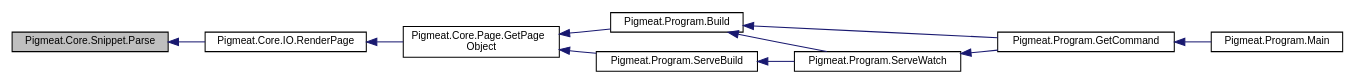
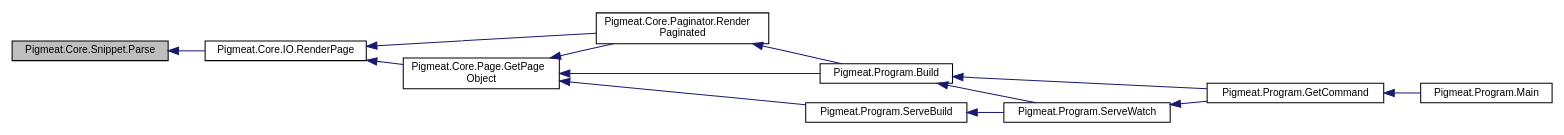
The diagram in class_pigmeat_1_1_core_1_1_snippet_a54ea5e1d3a8cd6308a1b1c9f01457146_icgraph.dot (milovidov983/Pigmeat), drawn with Graphviz before and after one commit. The commit also changed 144 other files, not shown here.

```diff
--- a/class_pigmeat_1_1_core_1_1_snippet_a54ea5e1d3a8cd6308a1b1c9f01457146_icgraph.dot
+++ b/class_pigmeat_1_1_core_1_1_snippet_a54ea5e1d3a8cd6308a1b1c9f01457146_icgraph.dot
@@ -1,23 +1,27 @@
 digraph "Pigmeat.Core.Snippet.Parse"
 {
   edge [fontname="Helvetica",fontsize="10",labelfontname="Helvetica",labelfontsize="10"];
   node [fontname="Helvetica",fontsize="10",shape=record];
   rankdir="LR";
   Node5 [label="Pigmeat.Core.Snippet.Parse",height=0.2,width=0.4,color="black", fillcolor="grey75", style="filled", fontcolor="black"];
   Node5 -> Node6 [dir="back",color="midnightblue",fontsize="10",style="solid",fontname="Helvetica"];
-  Node6 [label="Pigmeat.Core.IO.RenderPage",height=0.2,width=0.4,color="black", fillcolor="white", style="filled",URL="$class_pigmeat_1_1_core_1_1_i_o.html#a000f595801bec338426974328b938e6c",tooltip="Take layout, place Markdig-parsed content in layout, evaluate includes, render with Scriban ..."];
+  Node6 [label="Pigmeat.Core.IO.RenderPage",height=0.2,width=0.4,color="black", fillcolor="white", style="filled",URL="$class_pigmeat_1_1_core_1_1_i_o.html#a60f49d31957620c308423cad19dbf5f6",tooltip="Take layout, place Markdig-parsed content in layout, evaluate includes, render with Scriban ..."];
   Node6 -> Node7 [dir="back",color="midnightblue",fontsize="10",style="solid",fontname="Helvetica"];
   Node7 [label="Pigmeat.Core.Page.GetPage\lObject",height=0.2,width=0.4,color="black", fillcolor="white", style="filled",URL="$class_pigmeat_1_1_core_1_1_page.html#a3a2dee942bb7b2f763ce5d1caba4163d",tooltip="Parses a given page into a JObject "];
   Node7 -> Node8 [dir="back",color="midnightblue",fontsize="10",style="solid",fontname="Helvetica"];
-  Node8 [label="Pigmeat.Program.Build",height=0.2,width=0.4,color="black", fillcolor="white", style="filled",URL="$class_pigmeat_1_1_program.html#a878beaee804aea5645618e59b1a6d250",tooltip="The standard Pigmeat build process "];
+  Node8 [label="Pigmeat.Core.Paginator.Render\lPaginated",height=0.2,width=0.4,color="black", fillcolor="white", style="filled",URL="$class_pigmeat_1_1_core_1_1_paginator.html#a38c0bfdf8bfe439eb2a3e58a638c823a",tooltip="Outputs a paginated version of a page (requires {{ page.paginate }} and {{ page.collection }}) ..."];
   Node8 -> Node9 [dir="back",color="midnightblue",fontsize="10",style="solid",fontname="Helvetica"];
-  Node9 [label="Pigmeat.Program.GetCommand",height=0.2,width=0.4,color="black", fillcolor="white", style="filled",URL="$class_pigmeat_1_1_program.html#a813269f3c9466bddfa561c72eb56de4f",tooltip="Perform actions specified by command calls "];
+  Node9 [label="Pigmeat.Program.Build",height=0.2,width=0.4,color="black", fillcolor="white", style="filled",URL="$class_pigmeat_1_1_program.html#a878beaee804aea5645618e59b1a6d250",tooltip="The standard Pigmeat build process "];
   Node9 -> Node10 [dir="back",color="midnightblue",fontsize="10",style="solid",fontname="Helvetica"];
-  Node10 [label="Pigmeat.Program.Main",height=0.2,width=0.4,color="black", fillcolor="white", style="filled",URL="$class_pigmeat_1_1_program.html#a3b898a93d66f23079be04ac657013df3",tooltip="Handle primary tool information, such as command inputs and current directory "];
-  Node8 -> Node11 [dir="back",color="midnightblue",fontsize="10",style="solid",fontname="Helvetica"];
-  Node11 [label="Pigmeat.Program.ServeWatch",height=0.2,width=0.4,color="black", fillcolor="white", style="filled",URL="$class_pigmeat_1_1_program.html#a7fbef86d893429923099420b3748b826",tooltip="Watch the file system for changes (initial component of the serve command) "];
-  Node11 -> Node9 [dir="back",color="midnightblue",fontsize="10",style="solid",fontname="Helvetica"];
-  Node7 -> Node12 [dir="back",color="midnightblue",fontsize="10",style="solid",fontname="Helvetica"];
-  Node12 [label="Pigmeat.Program.ServeBuild",height=0.2,width=0.4,color="black", fillcolor="white", style="filled",URL="$class_pigmeat_1_1_program.html#a196f0e133927e9c381295c4915ebdfb2",tooltip="Rebuild changed files (final component of the serve command) "];
-  Node12 -> Node11 [dir="back",color="midnightblue",fontsize="10",style="solid",fontname="Helvetica"];
+  Node10 [label="Pigmeat.Program.GetCommand",height=0.2,width=0.4,color="black", fillcolor="white", style="filled",URL="$class_pigmeat_1_1_program.html#a813269f3c9466bddfa561c72eb56de4f",tooltip="Perform actions specified by command calls "];
+  Node10 -> Node11 [dir="back",color="midnightblue",fontsize="10",style="solid",fontname="Helvetica"];
+  Node11 [label="Pigmeat.Program.Main",height=0.2,width=0.4,color="black", fillcolor="white", style="filled",URL="$class_pigmeat_1_1_program.html#a3b898a93d66f23079be04ac657013df3",tooltip="Handle primary tool information, such as command inputs and current directory "];
+  Node9 -> Node12 [dir="back",color="midnightblue",fontsize="10",style="solid",fontname="Helvetica"];
+  Node12 [label="Pigmeat.Program.ServeWatch",height=0.2,width=0.4,color="black", fillcolor="white", style="filled",URL="$class_pigmeat_1_1_program.html#a7fbef86d893429923099420b3748b826",tooltip="Watch the file system for changes (initial component of the serve command) "];
+  Node12 -> Node10 [dir="back",color="midnightblue",fontsize="10",style="solid",fontname="Helvetica"];
+  Node7 -> Node9 [dir="back",color="midnightblue",fontsize="10",style="solid",fontname="Helvetica"];
+  Node7 -> Node13 [dir="back",color="midnightblue",fontsize="10",style="solid",fontname="Helvetica"];
+  Node13 [label="Pigmeat.Program.ServeBuild",height=0.2,width=0.4,color="black", fillcolor="white", style="filled",URL="$class_pigmeat_1_1_program.html#a196f0e133927e9c381295c4915ebdfb2",tooltip="Rebuild changed files (final component of the serve command) "];
+  Node13 -> Node12 [dir="back",color="midnightblue",fontsize="10",style="solid",fontname="Helvetica"];
+  Node6 -> Node8 [dir="back",color="midnightblue",fontsize="10",style="solid",fontname="Helvetica"];
 }
```
